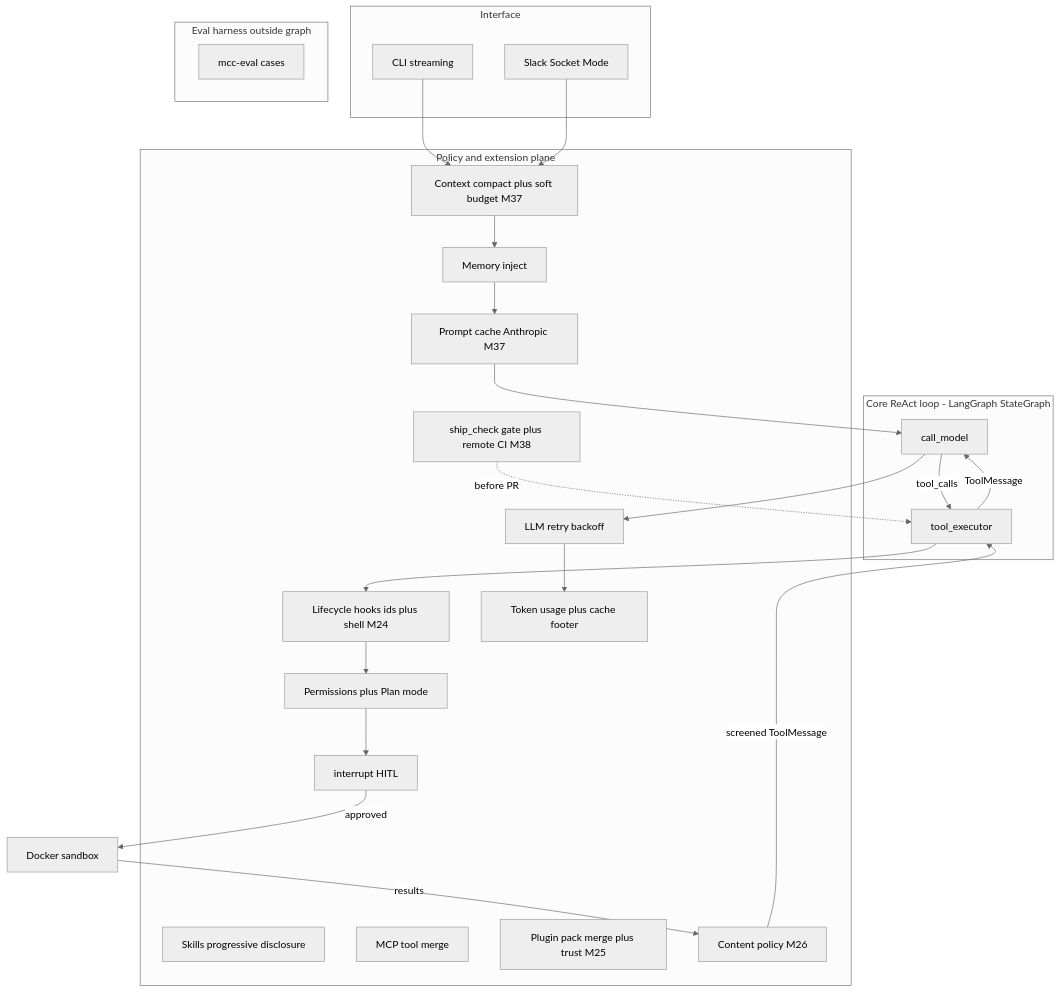
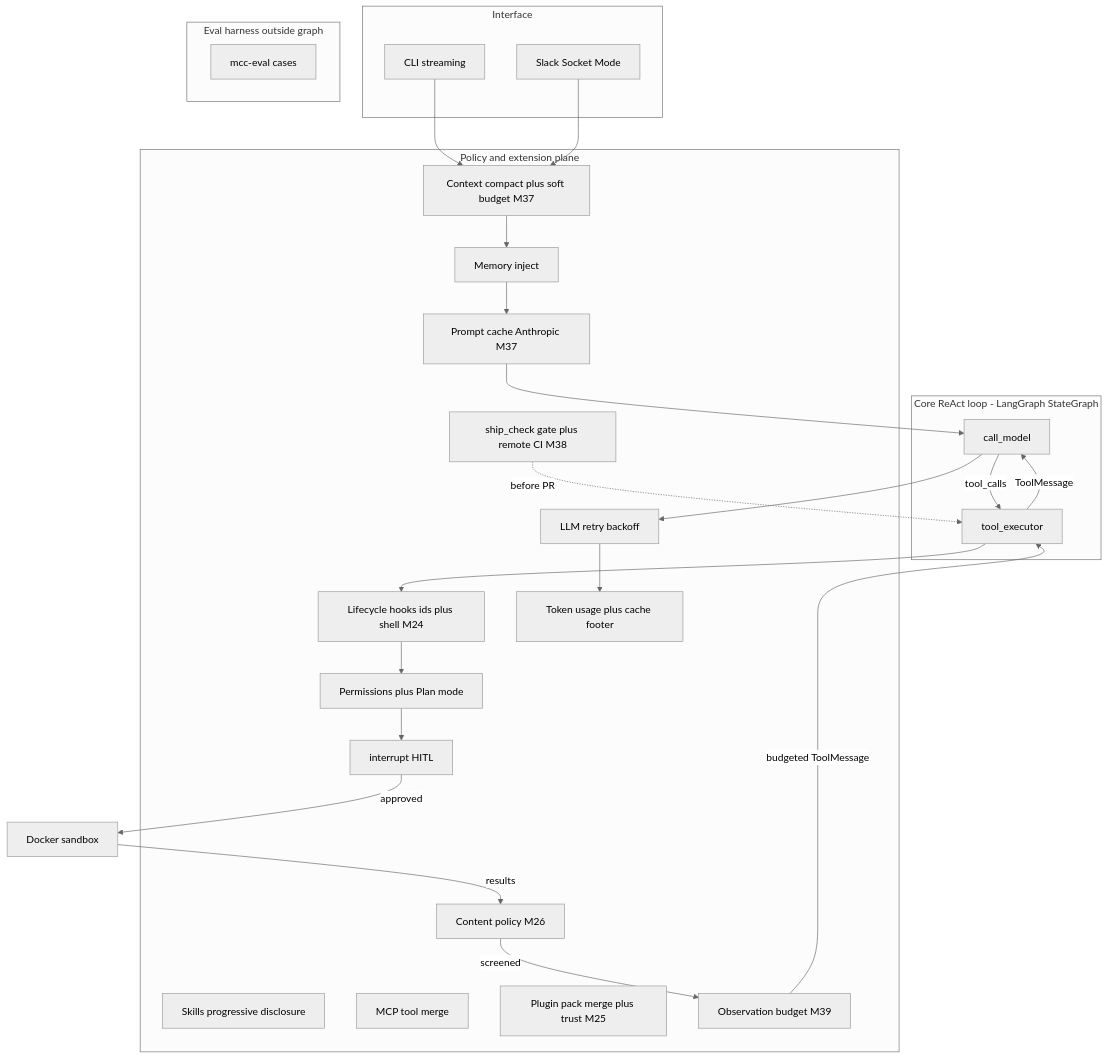
One commit to CharlotteYW/mini-claude-code changed the second of 2 diagrams in docs/architecture.md. Above: the diagram before and after it, drawn with Mermaid (neutral theme). The commit also changed other lines of this file and 12 other files, not shown here.

Commit message:
Ship M39 unified tool observation budget on PolicyToolNode.

````diff
--- a/docs/architecture.md
+++ b/docs/architecture.md
@@ -58,45 +59,47 @@
 ```mermaid
 flowchart TB
   subgraph ui [Interface]
     CLI[CLI streaming]
     Slack[Slack Socket Mode]
   end
   subgraph core [Core ReAct loop - LangGraph StateGraph]
     Model[call_model]
     Tools[tool_executor]
     Model -->|tool_calls| Tools
     Tools -->|ToolMessage| Model
   end
   subgraph plane [Policy and extension plane]
     Perm[Permissions plus Plan mode]
     HITL[interrupt HITL]
     Hooks[Lifecycle hooks ids plus shell M24]
     Skills[Skills progressive disclosure]
     MCP[MCP tool merge]
     Plugins[Plugin pack merge plus trust M25]
     ContentPolicy[Content policy M26]
     Compact[Context compact plus soft budget M37]
     Memory[Memory inject]
     PromptCache[Prompt cache Anthropic M37]
+    ObsBudget[Observation budget M39]
     Retry[LLM retry backoff]
     Usage[Token usage plus cache footer]
     Ship[ship_check gate plus remote CI M38]
   end
   subgraph eval [Eval harness outside graph]
     EvalRunner[mcc-eval cases]
   end
   CLI --> Compact
   Slack --> Compact
   Compact --> Memory
   Memory --> PromptCache
   PromptCache --> Model
   Model --> Retry
   Retry --> Usage
   Tools --> Hooks
   Hooks --> Perm
   Perm --> HITL
   HITL -->|approved| Sandbox[Docker sandbox]
   Sandbox -->|results| ContentPolicy
-  ContentPolicy -->|screened ToolMessage| Tools
+  ContentPolicy -->|screened| ObsBudget
+  ObsBudget -->|budgeted ToolMessage| Tools
   Ship -.->|before PR| Tools
 ```
````
